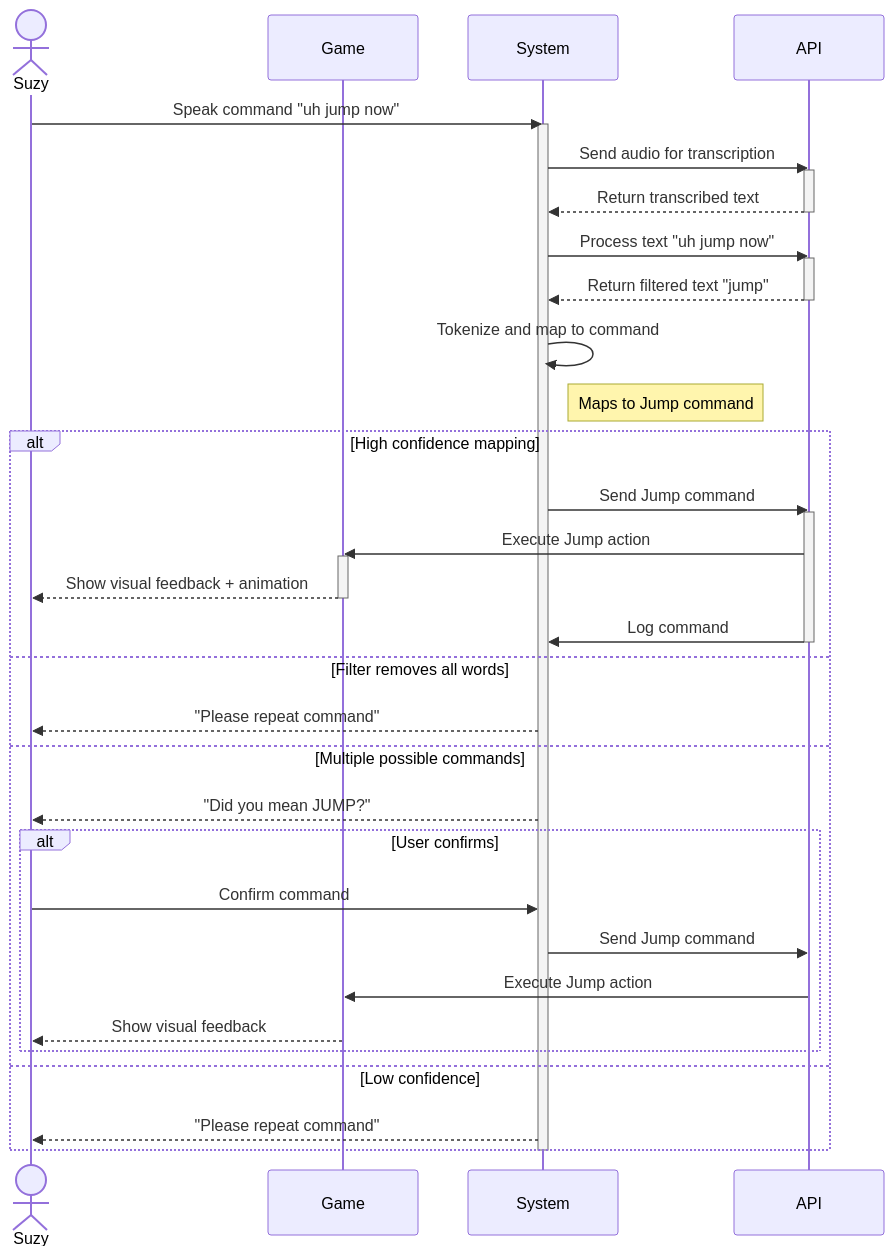
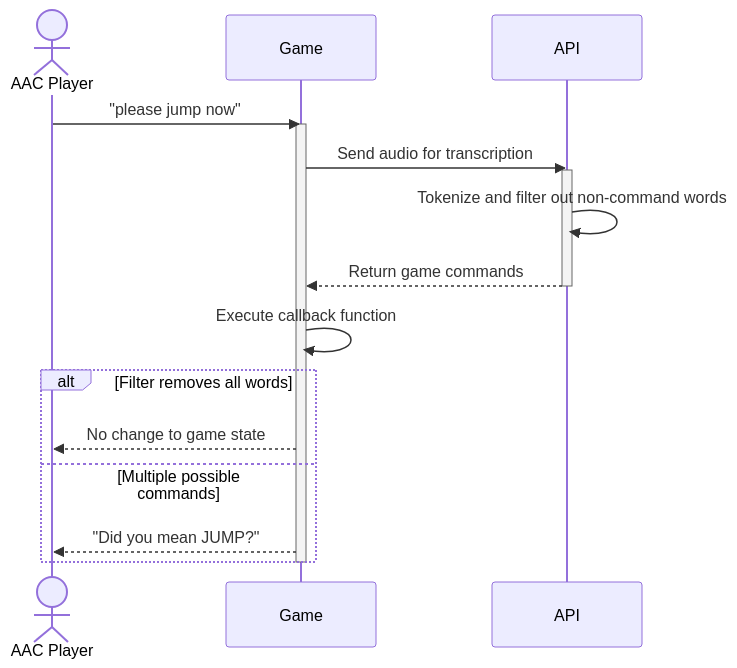
The second of 8 diagrams in documentation/docs/system-architecture/sequence-diagrams.md (Capstone-Projects-2025-Fall/project-001-aac-api), drawn with Mermaid before and after one commit. The commit also changed other lines of this file, not shown here.

Commit message:
update sd 2

````diff
--- a/documentation/docs/system-architecture/sequence-diagrams.md
+++ b/documentation/docs/system-architecture/sequence-diagrams.md
@@ -51,46 +51,22 @@
 ```mermaid
 sequenceDiagram
-    actor Suzy
+    actor AAC Player
     participant Game
-    participant System
     participant API
     
-    Suzy->>System: Speak command "uh jump now"
-    activate System
-    System->>API: Send audio for transcription
+    AAC Player->>Game: "please jump now"
+    activate Game
+    Game->>API: Send audio for transcription
     activate API
-    API-->>System: Return transcribed text
+    API->>API: Tokenize and filter out non-command words
+    API-->>Game: Return game commands
     deactivate API
-    
-    System->>API: Process text "uh jump now"
-    activate API
-    API-->>System: Return filtered text "jump"
-    deactivate API
-    
-    System->>System: Tokenize and map to command
-    Note right of System: Maps to Jump command
-    
-    alt High confidence mapping
-        System->>API: Send Jump command
-        activate API
-        API->>Game: Execute Jump action
-        activate Game
-        Game-->>Suzy: Show visual feedback + animation
-        deactivate Game
-        API->>System: Log command
-        deactivate API
-    else Filter removes all words
-        System-->>Suzy: "Please repeat command"
+    Game->>Game: Execute callback function
+
+    alt Filter removes all words
+        Game-->>AAC Player: No change to game state
     else Multiple possible commands
-        System-->>Suzy: "Did you mean JUMP?"
-        alt User confirms
-            Suzy->>System: Confirm command
-            System->>API: Send Jump command
-            API->>Game: Execute Jump action
-            Game-->>Suzy: Show visual feedback
-        end
-    else Low confidence
-        System-->>Suzy: "Please repeat command"
+        Game-->>AAC Player: "Did you mean JUMP?"
     end
-    deactivate System
+    deactivate Game
 ```
````
